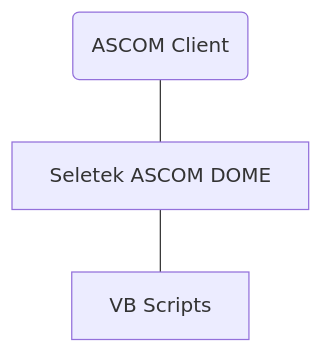
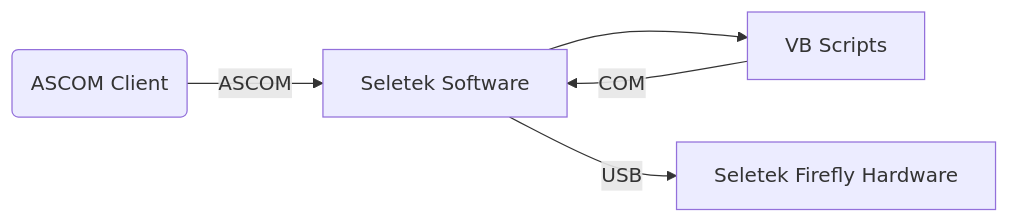
Before and after one commit to photon1503/SeletekROR: the first of 2 diagrams in readme.md, drawn with Mermaid. The commit also changed other lines of this file, not shown here.

````diff
--- a/readme.md
+++ b/readme.md
@@ -14,7 +22,9 @@
 ```mermaid
-flowchart
+flowchart LR
     n1("ASCOM Client")
-	n1 --- n2["Seletek ASCOM DOME"]
-	n2 --- n3["VB Scripts"]
+	n1 -->|ASCOM|n2
+	n2 --> n3["VB Scripts"]
+    n3 -->|COM|n2["Seletek Software"]
+    n2 -->|USB|n4["Seletek Firefly Hardware"]
 	
 ```
````
